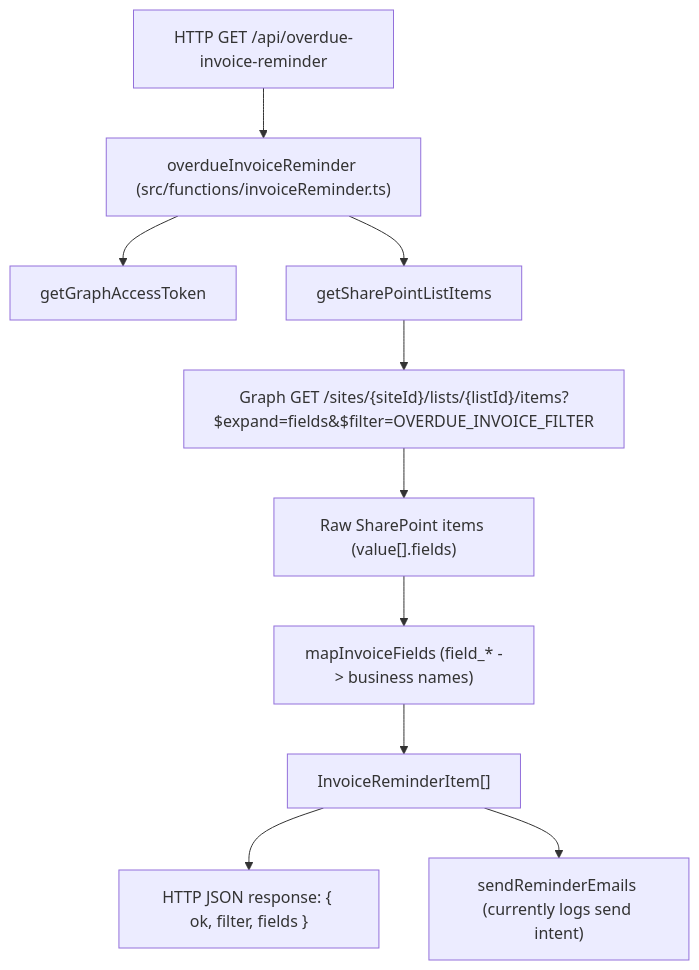
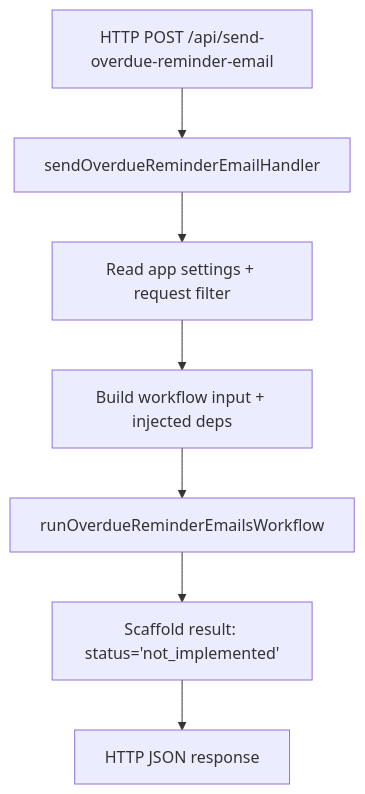
One commit to alexCikos/azFuncTemplate changed the diagram in invoice-tracker-functions/src/functions/sendOverdueReminderEmails/README.md. Above: the diagram before and after it, drawn with Mermaid. The commit also changed other lines of this file and 9 other files, not shown here.

Commit message:
Added business logic to send reminder emails, based on the post request filter

````diff
--- a/invoice-tracker-functions/src/functions/sendOverdueReminderEmails/README.md
+++ b/invoice-tracker-functions/src/functions/sendOverdueReminderEmails/README.md
@@ -35,12 +35,9 @@
 ```mermaid
 flowchart TD
-  A["HTTP GET /api/overdue-invoice-reminder"] --> B["overdueInvoiceReminder (src/functions/invoiceReminder.ts)"]
-  B --> C["getGraphAccessToken"]
-  B --> D["getSharePointListItems"]
-  D --> E["Graph GET /sites/{siteId}/lists/{listId}/items?$expand=fields&$filter=OVERDUE_INVOICE_FILTER"]
-  E --> F["Raw SharePoint items (value[].fields)"]
-  F --> G["mapInvoiceFields (field_* -> business names)"]
-  G --> H["InvoiceReminderItem[]"]
-  H --> I["HTTP JSON response: { ok, filter, fields }"]
-  H --> J["sendReminderEmails (currently logs send intent)"]
+  A["HTTP POST /api/send-overdue-reminder-email"] --> B["sendOverdueReminderEmailHandler"]
+  B --> C["Read app settings + request filter"]
+  C --> D["Build workflow input + injected deps"]
+  D --> E["runOverdueReminderEmailsWorkflow"]
+  E --> F["Scaffold result: status='not_implemented'"]
+  F --> G["HTTP JSON response"]
 ```
````
